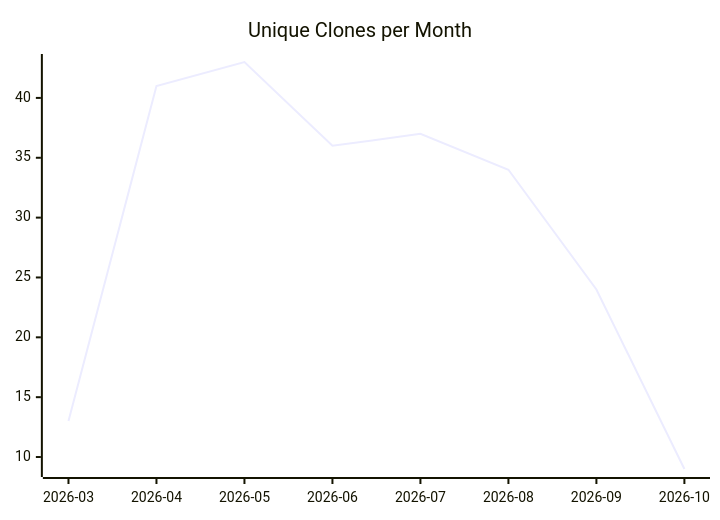
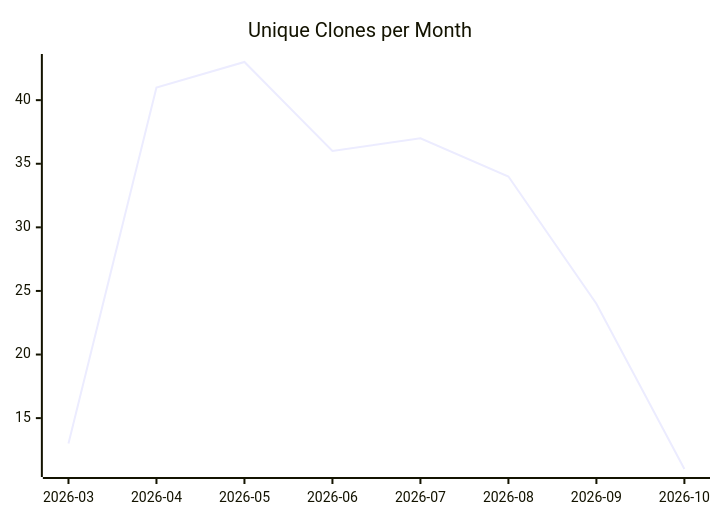
Before and after one commit to justdavis-family/github-analytics-data: the third of 3 diagrams in karlmdavis/usgs-water-api-java/README.md, drawn with Mermaid. The commit also changed other lines of this file and 198 other files, not shown here.

````diff
--- a/karlmdavis/usgs-water-api-java/README.md
+++ b/karlmdavis/usgs-water-api-java/README.md
@@ -19,6 +19,6 @@
 ```mermaid
 xychart-beta
   title "Unique Clones per Month"
   x-axis ["2026-03", "2026-04", "2026-05", "2026-06", "2026-07", "2026-08", "2026-09", "2026-10"]
-  line [13, 41, 43, 36, 37, 34, 24, 9]
+  line [13, 41, 43, 36, 37, 34, 24, 11]
 ```
````
